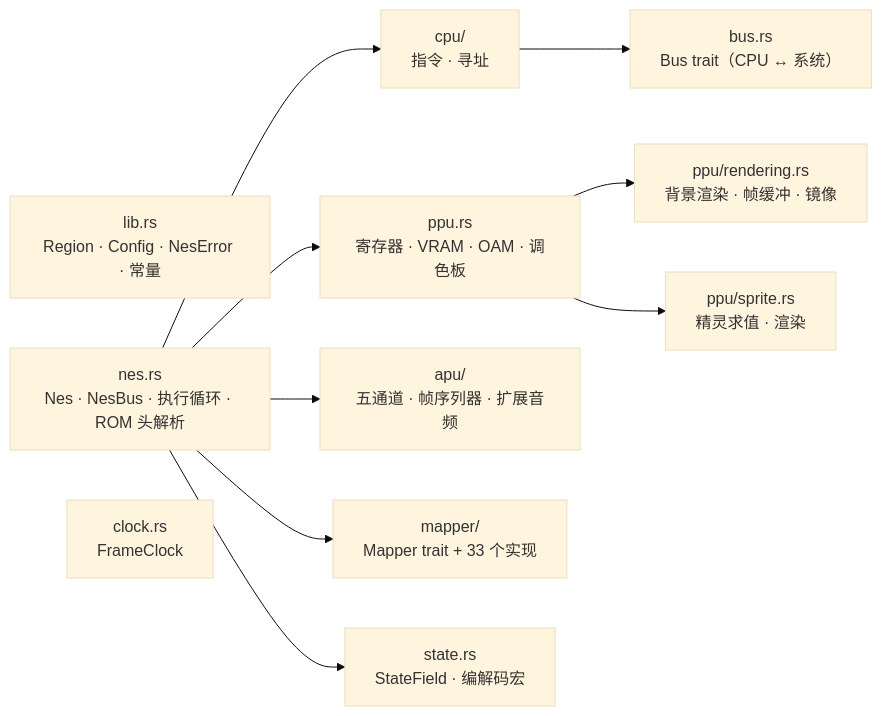
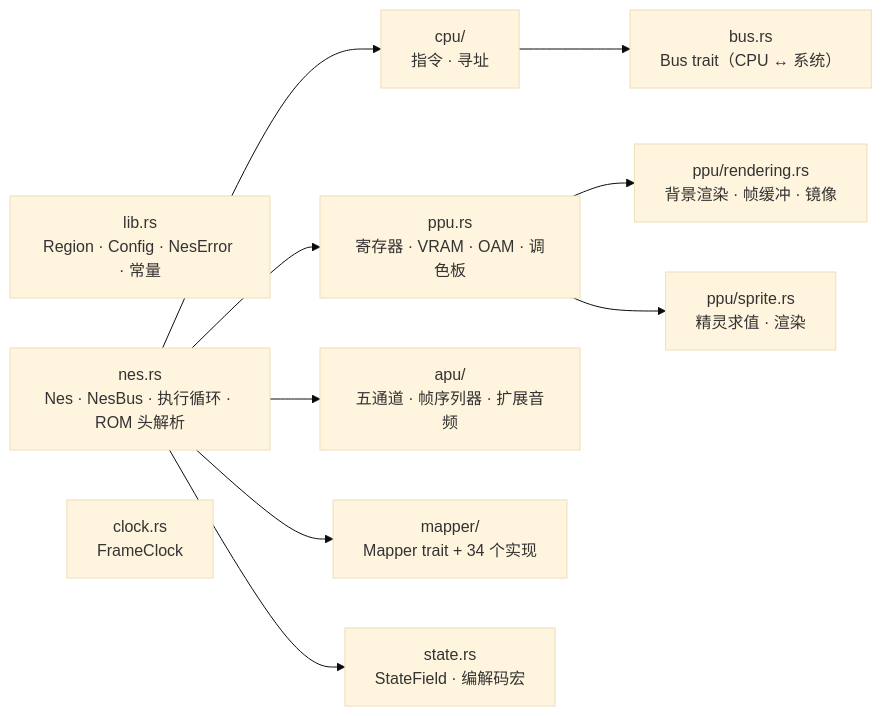
One commit to YufJi/nes-emulator changed the second of 13 diagrams in docs/architecture.zh-CN.md. Above: the diagram before and after it, drawn with Mermaid (base theme). The commit also changed other lines of this file and 7 other files, not shown here.

````diff
--- a/docs/architecture.zh-CN.md
+++ b/docs/architecture.zh-CN.md
@@ -75,23 +75,23 @@
 ```mermaid
 flowchart LR
     Lib["lib.rs<br/>Region · Config · NesError · 常量"]
     Nes["nes.rs<br/>Nes · NesBus · 执行循环 · ROM 头解析"]
     Clock["clock.rs<br/>FrameClock"]
     Bus["bus.rs<br/>Bus trait（CPU ↔ 系统）"]
     Cpu["cpu/<br/>指令 · 寻址"]
     Ppu["ppu.rs<br/>寄存器 · VRAM · OAM · 调色板"]
     Rend["ppu/rendering.rs<br/>背景渲染 · 帧缓冲 · 镜像"]
     Spr["ppu/sprite.rs<br/>精灵求值 · 渲染"]
     Apu["apu/<br/>五通道 · 帧序列器 · 扩展音频"]
-    Mapper["mapper/<br/>Mapper trait + 33 个实现"]
+    Mapper["mapper/<br/>Mapper trait + 34 个实现"]
     State["state.rs<br/>StateField · 编解码宏"]
 
     Nes --> Cpu
     Nes --> Ppu
     Nes --> Apu
     Nes --> Mapper
     Nes --> State
     Ppu --> Rend
     Ppu --> Spr
     Cpu --> Bus
 ```
````
